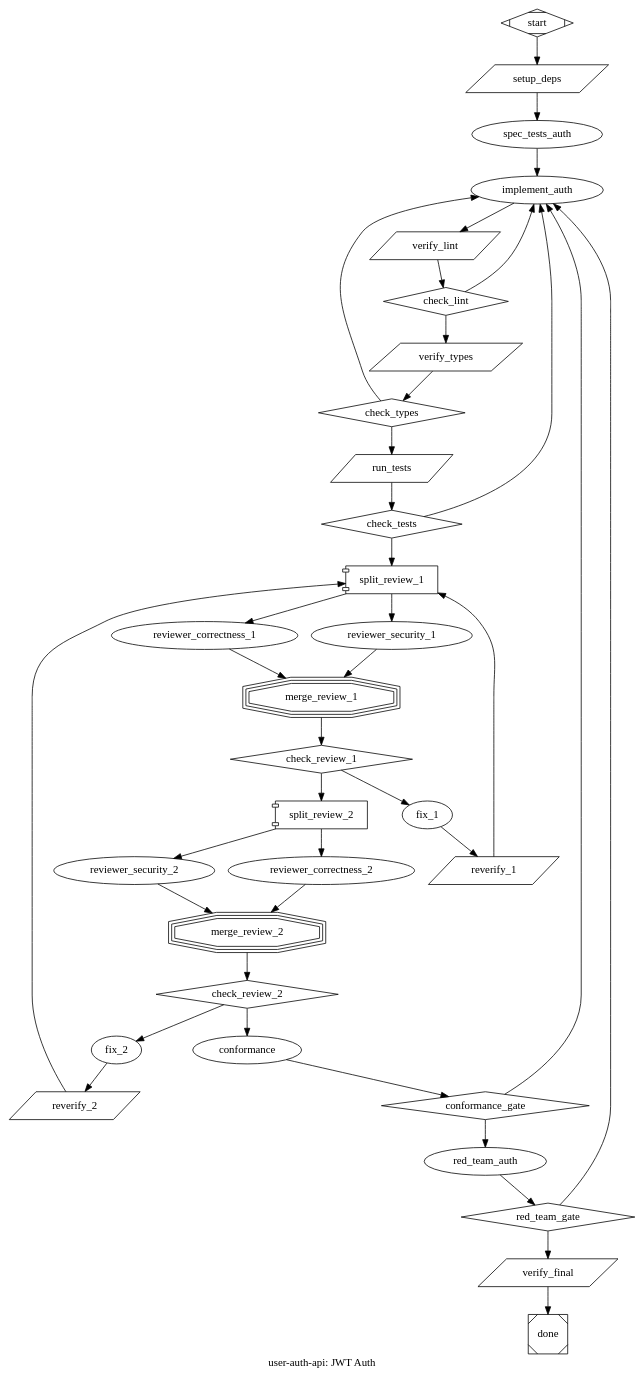
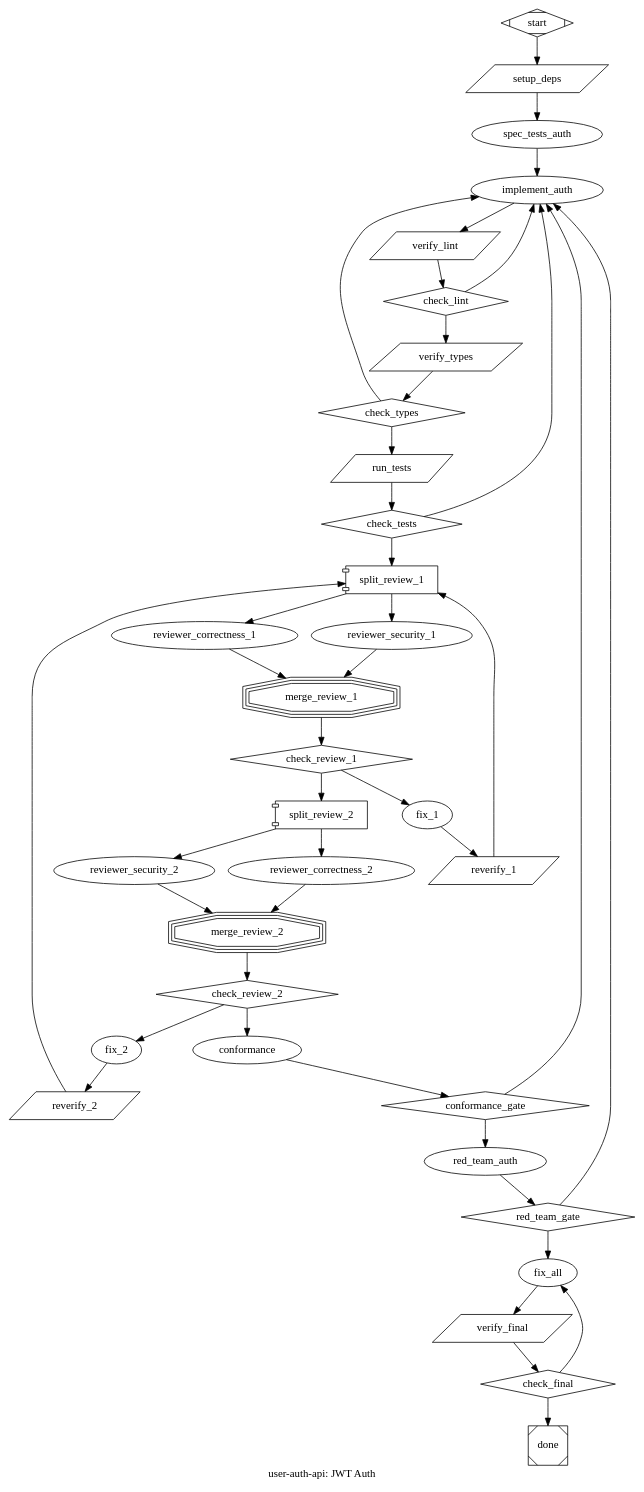
One commit to aidesigner/pickle-rick-claude changed the fourth of 4 diagrams in .claude/commands/pickle-dot.md. Above: the diagram before and after it, drawn with Graphviz. The commit also changed other lines of this file, not shown here.

First line of the commit message:
feat: add cross-phase cleanup node (Pattern 21) to pickle-dot

````diff
--- a/.claude/commands/pickle-dot.md
+++ b/.claude/commands/pickle-dot.md
@@ -544,7 +565,7 @@
     goal = "Add JWT authentication to the REST API"
     label = "user-auth-api: JWT Auth"
     default_max_retry = 2
-    retry_target = "implement_auth"  // MUST point to last impl node before verify_final — NEVER setup_deps
+    retry_target = "fix_all"  // MUST point to fix_all (cross-phase cleanup) — NEVER setup_deps or per-phase impl
     acceptance_criteria = "context.tests_pass=true && context.lint_status=passing && context.typecheck_status=passing"
     // No --provider/--models flags → anthropic defaults
     model_stylesheet = "* { llm_model: claude-sonnet-4-6; } .critical { llm_model: claude-opus-4-6; reasoning_effort: high; } .review { llm_model: claude-opus-4-6; }"
@@ -595,11 +616,15 @@
     red_team_auth [class="review", prompt="Adversarial audit of JWT auth: attempt to break it. Try: 1) Token forgery with wrong secret. 2) Expired token replay. 3) Refresh token reuse after rotation. 4) SQL/NoSQL injection in login credentials. 5) Timing attacks on password comparison. 6) JWT algorithm confusion (none/HS256 swap). Write reproducing test cases for any issues found. Output PASS or FAIL.", goal_gate=true, retry_target="implement_auth"]
     red_team_gate [shape=diamond]
 
+    // Cross-phase cleanup — fixes ALL remaining issues across all phases (Pattern 21)
+    fix_all [prompt="Fix ALL remaining issues across the entire codebase. Run each check and fix failures: 1) cd ${WORKING_DIR} && npx eslint src/ --fix 2>&1 — fix auto-fixable lint errors, manually fix remaining. 2) npx tsc --noEmit 2>&1 — fix type errors. 3) npm test 2>&1 — fix test failures. Iterate until all pass with zero errors. Do NOT skip or suppress errors.", permission_mode="bypassPermissions", max_visits=5]
+
     // Final verification — sets acceptance_criteria context keys via context_on_success
     verify_final [shape=parallelogram,
-        tool_command="cd ${WORKING_DIR} && npm run lint 2>&1 && npx tsc --noEmit 2>&1 && npm test 2>&1",
-        goal_gate=true, retry_target="implement_auth", max_visits=3,
+        tool_command="cd ${WORKING_DIR} && npx eslint src/ --max-warnings=-1 2>&1 && npx tsc --noEmit 2>&1 && npm test 2>&1",
+        goal_gate=true, retry_target="fix_all", max_visits=3,
         context_on_success="tests_pass=true,lint_status=passing,typecheck_status=passing"]
+    check_final [shape=diamond]
 
     done [shape=Msquare]
 
@@ -634,8 +659,10 @@
     conformance_gate -> red_team_auth [condition="outcome=success", weight=2]
     conformance_gate -> implement_auth [condition="outcome=fail"]
     red_team_auth -> red_team_gate
-    red_team_gate -> verify_final [condition="outcome=success", weight=2]
+    red_team_gate -> fix_all [condition="outcome=success", weight=2]
     red_team_gate -> implement_auth [condition="outcome=fail"]
-    verify_final -> done
+    fix_all -> verify_final -> check_final
+    check_final -> done [condition="outcome=success", weight=2]
+    check_final -> fix_all [condition="outcome=fail"]
 }
 ```
````
